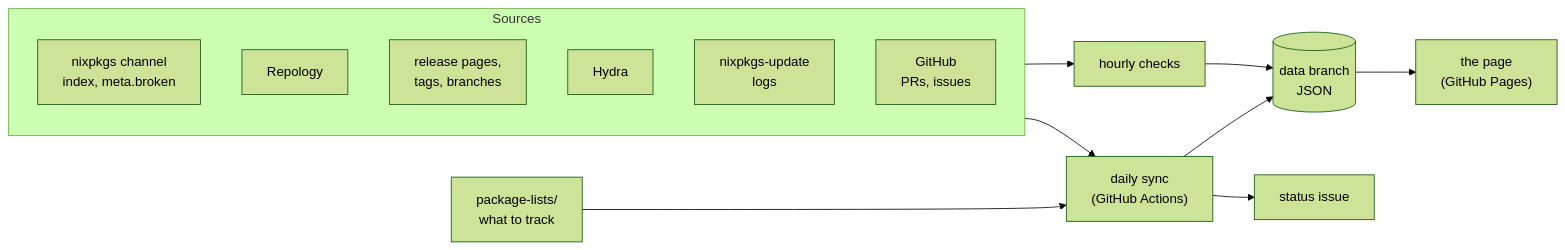
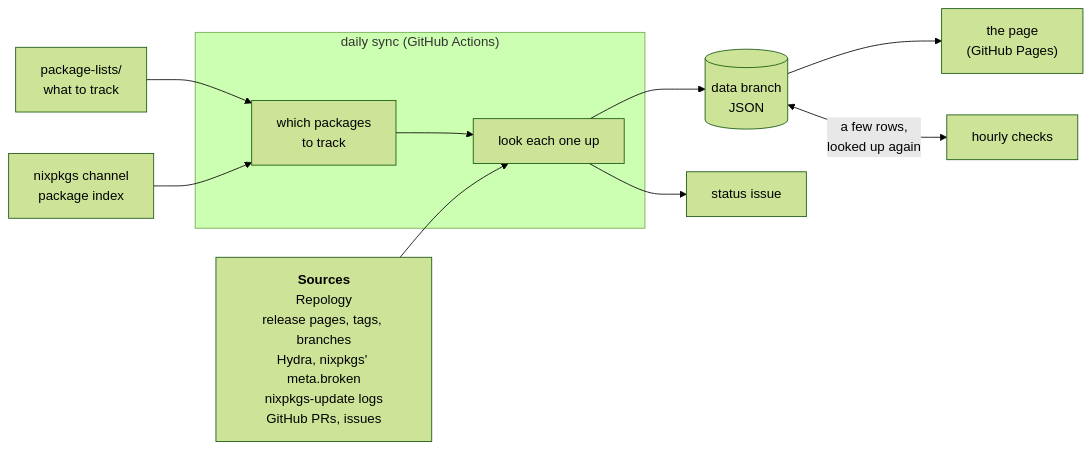
Before and after one commit to iedame/nixkeeper: the diagram in README.md, drawn with Mermaid (forest theme).

Commit message:
docs: README diagram rework (#47)

````diff
--- a/README.md
+++ b/README.md
@@ -43,19 +43,13 @@
 ```mermaid
 flowchart LR
-  lists["package-lists/<br>what to track"] --> sync
-  subgraph sources [Sources]
-    direction TB
-    index["nixpkgs channel<br>index, meta.broken"]
-    repology[Repology]
-    checks["release pages,<br>tags, branches"]
-    hydra[Hydra]
-    bot["nixpkgs-update<br>logs"]
-    gh["GitHub<br>PRs, issues"]
+  lists["package-lists/<br>what to track"] --> track
+  index["nixpkgs channel<br>package index"] --> track
+  subgraph sync ["daily sync (GitHub Actions)"]
+    track["which packages<br>to track"] --> ask["look each one up"]
   end
-  sources --> sync["daily sync<br>(GitHub Actions)"]
-  sources --> hourly["hourly checks"]
-  sync --> data[("data branch<br>JSON")]
-  hourly --> data
-  sync --> issue["status issue"]
+  sources["<b>Sources</b><br>Repology<br>release pages, tags, branches<br>Hydra, nixpkgs' meta.broken<br>nixpkgs-update logs<br>GitHub PRs, issues"] --> ask
+  ask --> data[("data branch<br>JSON")]
+  ask --> issue["status issue"]
   data --> page["the page<br>(GitHub Pages)"]
+  data <-->|"a few rows,<br>looked up again"| hourly["hourly checks"]
 ```
````
